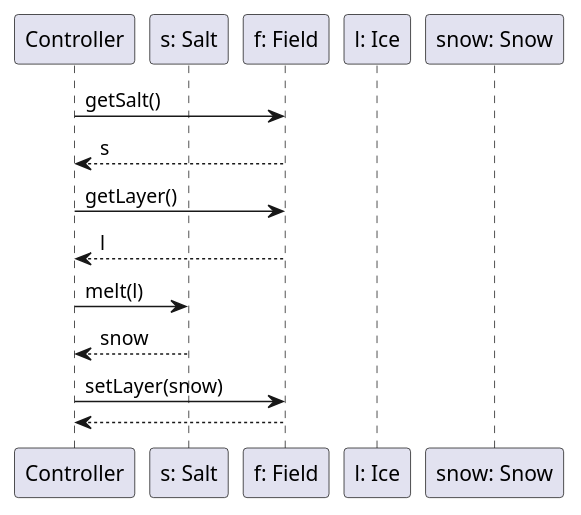
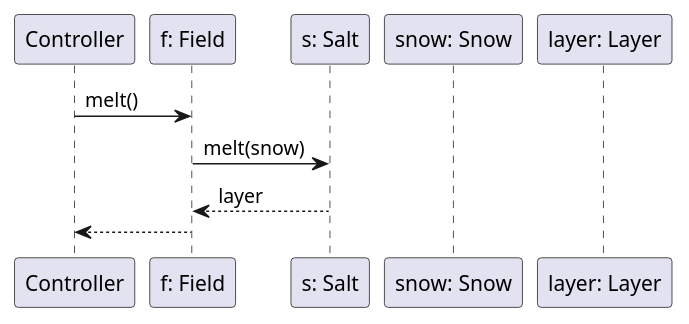
Before and after one commit to uhrinandor/spring: the diagram in docs/analizis1/sequence/melt.plantuml, drawn with PlantUML. The commit also changed 7 other files, not shown here.

Commit message:
szekvenciak broom_fej_interact, brush_snow, bus_collector, dragon_snow, hokotro_pontadas, melt, spshop javitasa

```diff
--- a/docs/analizis1/sequence/melt.plantuml
+++ b/docs/analizis1/sequence/melt.plantuml
@@ -1,18 +1,15 @@
 @startuml melt
 
 participant "Controller" as controller
+participant "f: Field" as field
 participant "s: Salt" as salt
-participant "f: Field" as field
-participant "l: Ice" as layer
-participant "snow: Snow" as melted
+participant "snow: Snow" as beforeMelt
+participant "layer: Layer" as afterMelt
 
-controller -> field: getSalt()
-field --> controller: s
-controller -> field: getLayer()
-field --> controller: l
-controller -> salt: melt(l)
-salt --> controller: snow
-controller -> field: setLayer(snow)
-field --> controller:
+controller -> field: melt()
+field -> salt: melt(snow)
+salt --> field: layer
+field --> controller
+
 
 @enduml
```
